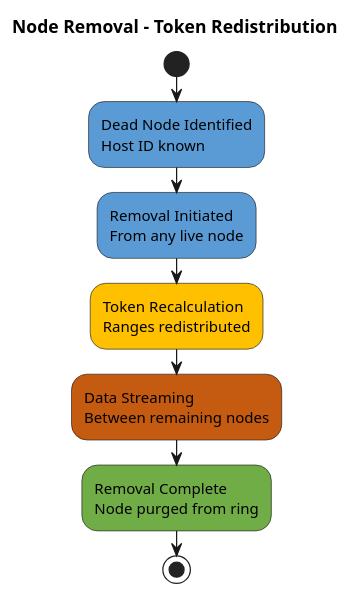
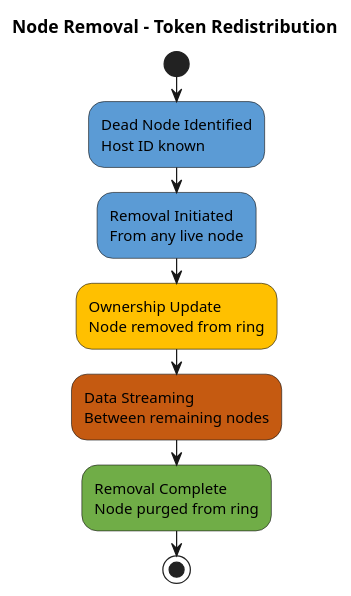
Before and after one commit to axonops/documentation: the fifth of 6 diagrams in docs/data-platforms/cassandra/architecture/cluster-management/node-replacement.md, drawn with PlantUML. The commit also changed other lines of this file and 262 other files, not shown here.

````diff
--- a/docs/data-platforms/cassandra/architecture/cluster-management/node-replacement.md
+++ b/docs/data-platforms/cassandra/architecture/cluster-management/node-replacement.md
@@ -227,21 +227,21 @@
 ```plantuml
 @startuml
 skinparam backgroundColor white
 
 title Node Removal - Token Redistribution
 
 start
 #5B9BD5:Dead Node Identified
 Host ID known;
 #5B9BD5:Removal Initiated
 From any live node;
-#FFC000:Token Recalculation
-Ranges redistributed;
+#FFC000:Ownership Update
+Node removed from ring;
 #C55A11:Data Streaming
 Between remaining nodes;
 #70AD47:Removal Complete
 Node purged from ring;
 stop
 
 @enduml
 ```
````
